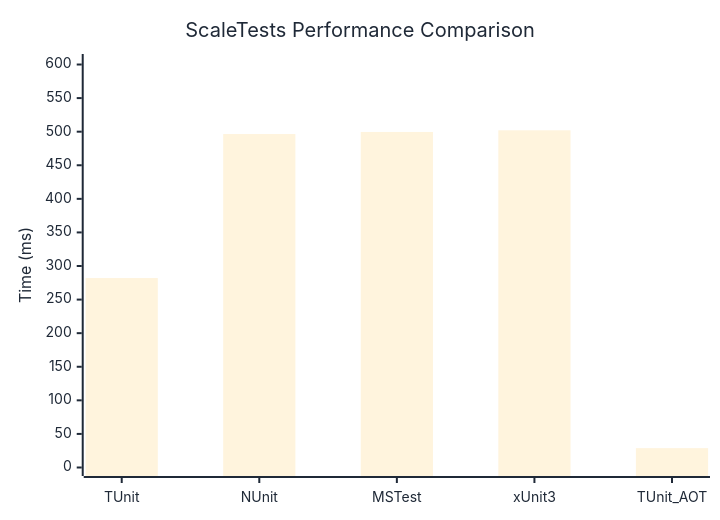
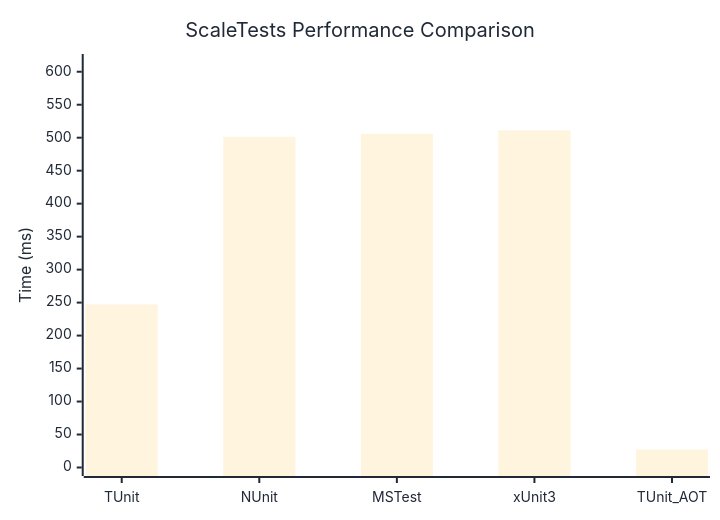
One commit to thomhurst/TUnit changed the diagram in docs/docs/benchmarks/ScaleTests.md. Above: the diagram before and after it, drawn with Mermaid. The commit also changed other lines of this file and 16 other files, not shown here.

````diff
--- a/docs/docs/benchmarks/ScaleTests.md
+++ b/docs/docs/benchmarks/ScaleTests.md
@@ -27,37 +27,37 @@
 ```mermaid
 %%{init: {
   'theme':'base',
   'themeVariables': {
     'primaryColor': '#2563eb',
     'primaryTextColor': '#1f2937',
     'primaryBorderColor': '#1e40af',
     'lineColor': '#6b7280',
     'secondaryColor': '#7c3aed',
     'tertiaryColor': '#dc2626',
     'background': '#ffffff',
     'mainBkg': '#2563eb',
     'secondBkg': '#7c3aed',
     'tertiaryBkg': '#dc2626',
     'clusterBkg': '#f3f4f6',
     'edgeLabelBackground': '#ffffff',
     'tertiaryTextColor': '#1f2937',
     'pie1': '#2563eb',
     'pie2': '#7c3aed',
     'pie3': '#dc2626',
     'pie4': '#f59e0b',
     'pie5': '#10b981',
     'pie6': '#06b6d4',
     'pie7': '#ec4899',
     'pie8': '#6366f1',
     'pie9': '#84cc16',
     'pie10': '#f97316',
     'pie11': '#14b8a6',
     'pie12': '#a855f7'
   }
 }}%%
 xychart-beta
   title "ScaleTests Performance Comparison"
   x-axis ["TUnit", "NUnit", "MSTest", "xUnit3", "TUnit_AOT"]
-  y-axis "Time (ms)" 0 --> 603
-  bar [282.09, 496.46, 499.57, 502.03, 28.84]
+  y-axis "Time (ms)" 0 --> 614
+  bar [247.15, 501.42, 505.84, 511.05, 27.21]
 ```
````
